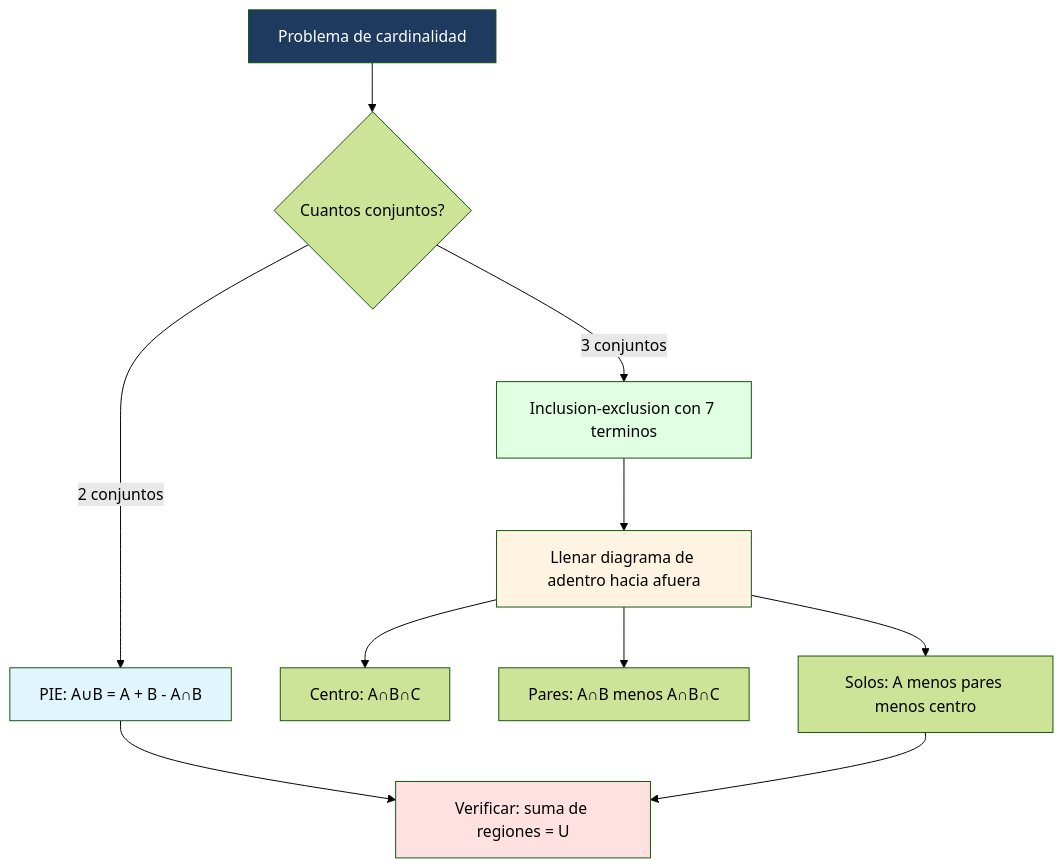
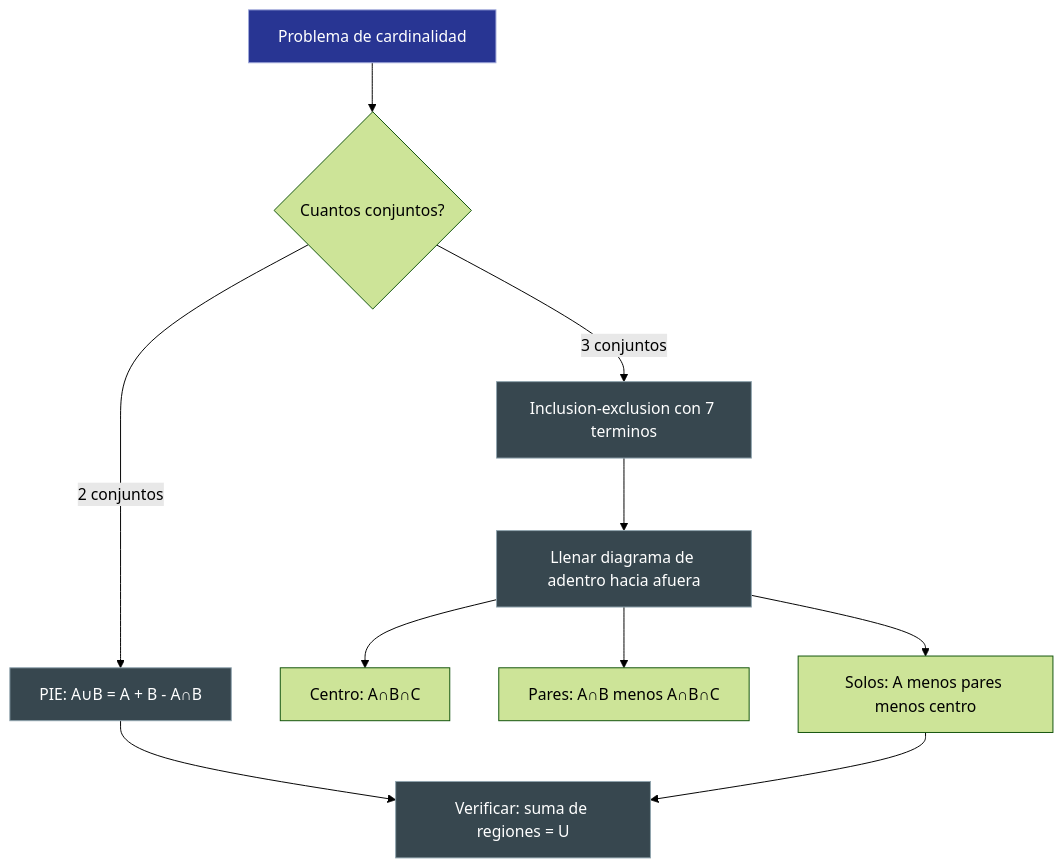
Before and after one commit to Fsteven22/Notas-ESPOL: the diagram in src/site/notes/Universidad/3er Semestre/Matemáticas Discretas/Unidad 1 - Logica y Conjuntos/IV - Teoría de Conjuntos/04 - Cardinalidad y Leyes de Cardinalidad.md, drawn with Mermaid (forest theme). The commit also changed other lines of this file and 79 other files, not shown here.

````diff
--- a/src/site/notes/Universidad/3er Semestre/Matemáticas Discretas/Unidad 1 - Logica y Conjuntos/IV - Teoría de Conjuntos/04 - Cardinalidad y Leyes de Cardinalidad.md
+++ b/src/site/notes/Universidad/3er Semestre/Matemáticas Discretas/Unidad 1 - Logica y Conjuntos/IV - Teoría de Conjuntos/04 - Cardinalidad y Leyes de Cardinalidad.md
@@ -404,18 +404,18 @@
 ```mermaid
 graph TD
     A[Problema de cardinalidad] --> B{Cuantos conjuntos?}
     B -- 2 conjuntos --> C["PIE: A∪B = A + B - A∩B"]
     B -- 3 conjuntos --> D[Inclusion-exclusion con 7 terminos]
     D --> E[Llenar diagrama de adentro hacia afuera]
     E --> F["Centro: A∩B∩C"]
     E --> G["Pares: A∩B menos A∩B∩C"]
     E --> H["Solos: A menos pares menos centro"]
     C --> I["Verificar: suma de regiones = U"]
     H --> I
 
-    style A fill:#1e3a5f,color:#fff
-    style C fill:#e1f5ff
-    style D fill:#e1ffe1
-    style E fill:#fff4e1
-    style I fill:#ffe1e1
+    style A fill:#283593,color:#FFFFFF,stroke:#9FA8DA,stroke-width:1px
+    style C fill:#37474F,color:#FFFFFF,stroke:#90A4AE,stroke-width:1px
+    style D fill:#37474F,color:#FFFFFF,stroke:#90A4AE,stroke-width:1px
+    style E fill:#37474F,color:#FFFFFF,stroke:#90A4AE,stroke-width:1px
+    style I fill:#37474F,color:#FFFFFF,stroke:#90A4AE,stroke-width:1px
 ```
````
